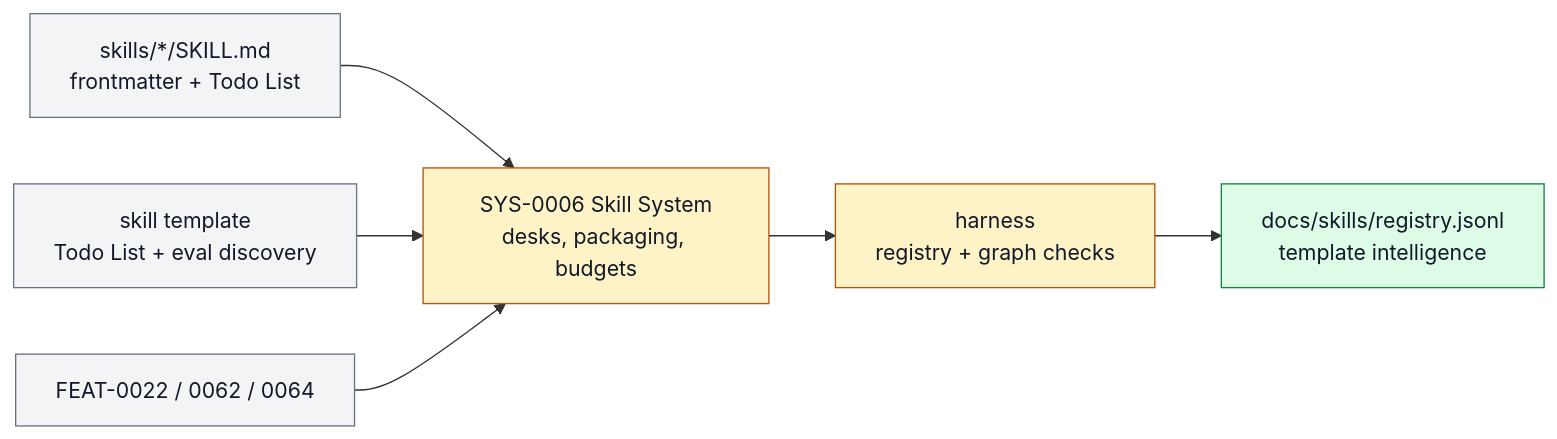
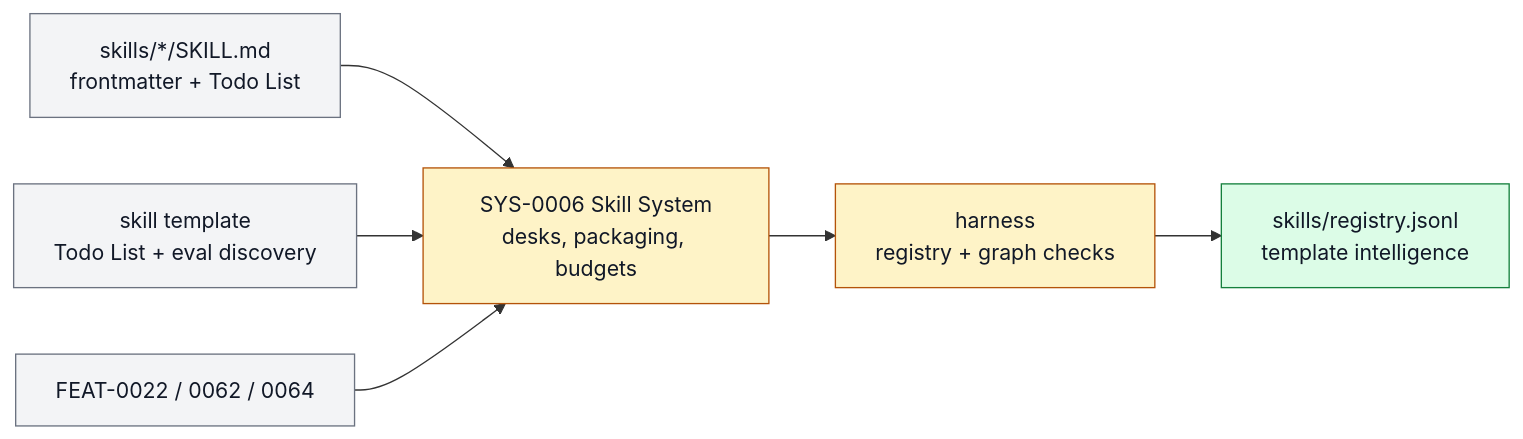
One commit to ZanarkandTechnologies/Farplane changed the diagram in docs/systems/skill-system.md. Above: the diagram before and after it, drawn with Mermaid. The commit also changed other lines of this file and 105 other files, not shown here.

````diff
--- a/docs/systems/skill-system.md
+++ b/docs/systems/skill-system.md
@@ -99,19 +99,19 @@
 ```mermaid
 flowchart LR
   classDef keep fill:#f3f4f6,stroke:#6b7280,color:#111827
   classDef changed fill:#fef3c7,stroke:#b45309,color:#111827
   classDef added fill:#dcfce7,stroke:#15803d,color:#111827
   classDef retired fill:#fee2e2,stroke:#b91c1c,color:#7f1d1d,stroke-dasharray: 5 3
 
   skill["skills/*/SKILL.md<br/>frontmatter + Todo List"]:::keep
   templates["skill template<br/>Todo List + eval discovery"]:::keep
   system["SYS-0006 Skill System<br/>desks, packaging, budgets"]:::changed
   maintenance["harness<br/>registry + graph checks"]:::changed
-  registry["docs/skills/registry.jsonl<br/>template intelligence"]:::added
+  registry["skills/registry.jsonl<br/>template intelligence"]:::added
   features["FEAT-0022 / 0062 / 0064"]:::keep
 
   skill --> system
   templates --> system
   features --> system
   system --> maintenance --> registry
 ```
````
